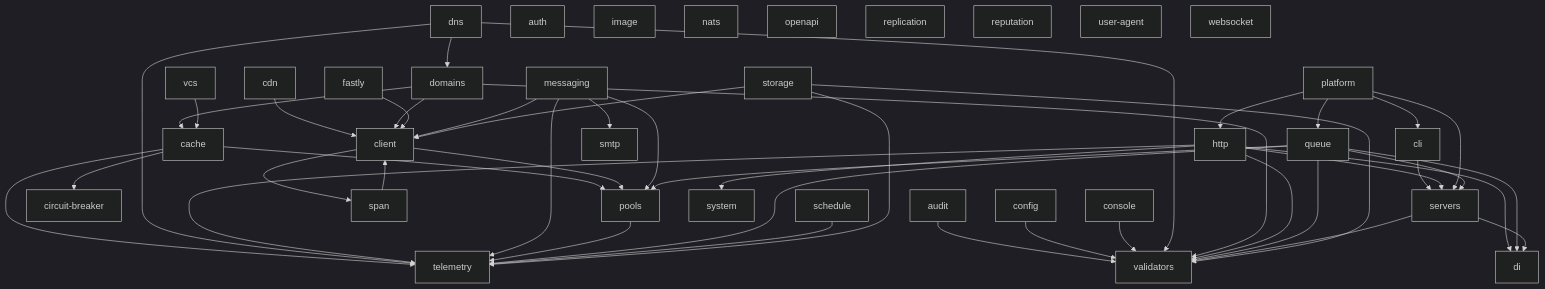
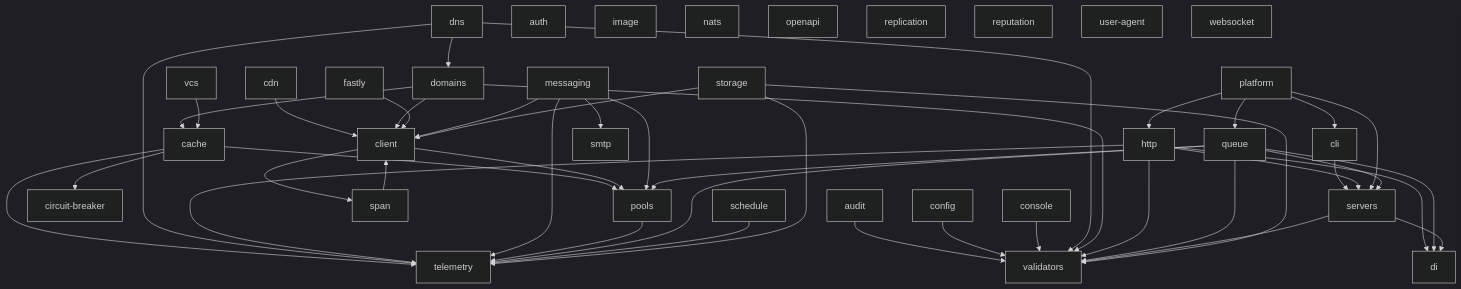
The diagram in README.md (Neekoras/monorepo), drawn with Mermaid (dark theme) before and after one commit. The commit also changed other lines of this file and 10 other files, not shown here.

````diff
--- a/README.md
+++ b/README.md
@@ -52,55 +52,54 @@
 ```mermaid
 graph TD
     audit --> validators
     cache --> circuit-breaker
     cache --> pools
     cache --> telemetry
     cdn --> client
     cli --> servers
     client --> pools
     client --> span
     config --> validators
     console --> validators
     dns --> telemetry
     dns --> validators
     dns --> domains
     domains --> client
     domains --> validators
     domains --> cache
     fastly --> client
     http --> di
     http --> servers
     http --> telemetry
     http --> validators
-    http --> system
     messaging --> client
     messaging --> pools
     messaging --> smtp
     messaging --> telemetry
     platform --> cli
     platform --> http
     platform --> queue
     platform --> servers
     pools --> telemetry
     queue --> di
     queue --> servers
     queue --> pools
     queue --> telemetry
     queue --> validators
     schedule --> telemetry
     servers --> di
     servers --> validators
     span --> client
     storage --> telemetry
     storage --> validators
     storage --> client
     vcs --> cache
     auth
     image
     nats
     openapi
     replication
     reputation
     user-agent
     websocket
 ```
````
